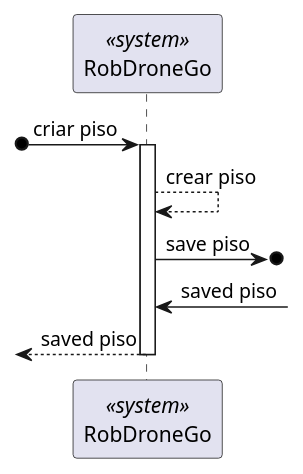
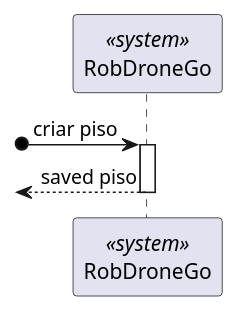
One commit to rpeir/LAPR5 changed the diagram in docs/US180/Nivel1VistaProcessos.puml. Above: the diagram before and after it, drawn with PlantUML. The commit also changed 5 other files, not shown here.

```diff
--- a/docs/US180/Nivel1VistaProcessos.puml
+++ b/docs/US180/Nivel1VistaProcessos.puml
@@ -1,20 +1,17 @@
 @startuml
 
 
 
 participant RobDroneGo <<system>> 
 
 
 
 ?o-> RobDroneGo : criar piso
 activate RobDroneGo
-RobDroneGo --> RobDroneGo :crear piso
 
-RobDroneGo ->o] : save piso
-]-> RobDroneGo : saved piso
 
 ?<-- RobDroneGo  : saved piso
 deactivate RobDroneGo
 
 
 @enduml
```
